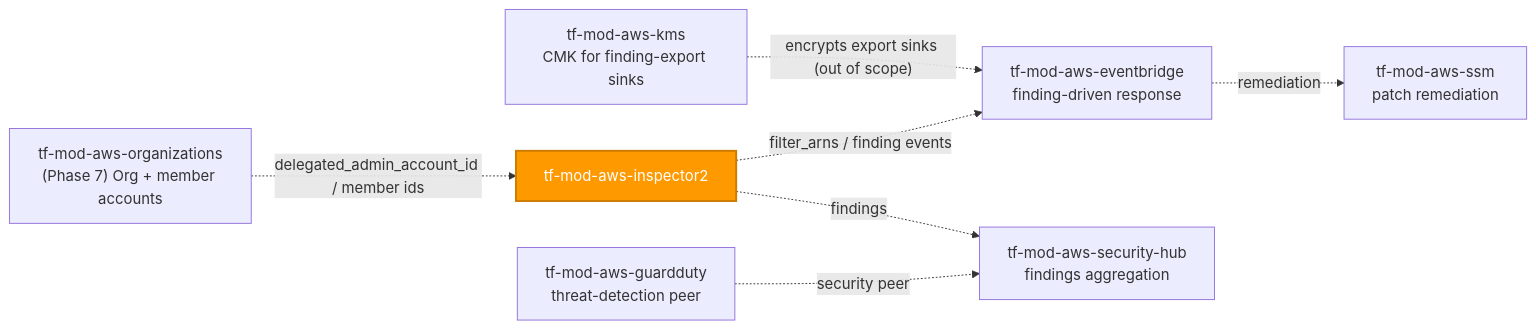
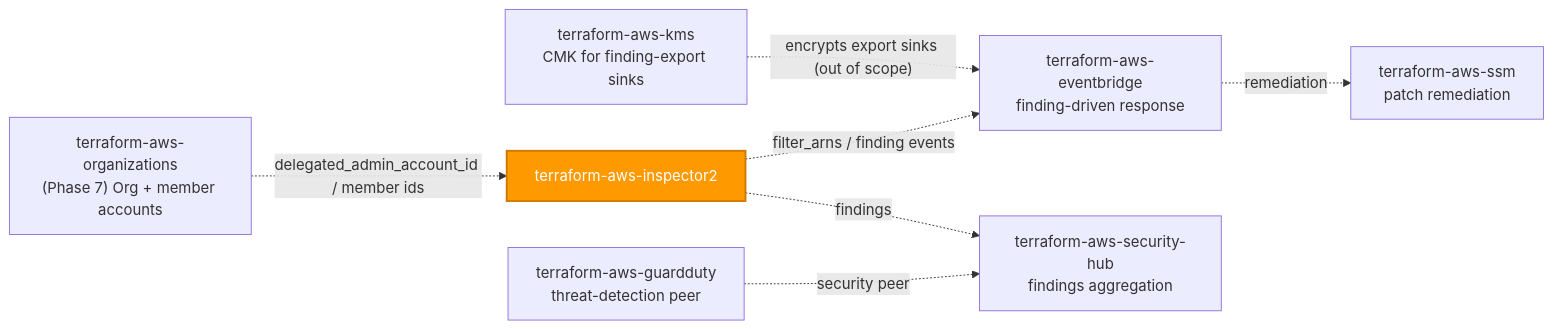
The first of 2 diagrams in README.md (microsoftexpert/terraform-aws-inspector2), drawn with Mermaid before and after one commit. The commit also changed other lines of this file and 4 other files, not shown here.

````diff
--- a/README.md
+++ b/README.md
@@ -42,19 +42,19 @@
 ```mermaid
 flowchart LR
- org["tf-mod-aws-organizations<br/>(Phase 7) Org + member accounts"]
- kms["tf-mod-aws-kms<br/>CMK for finding-export sinks"]
- insp["tf-mod-aws-inspector2"]
- hub["tf-mod-aws-security-hub<br/>findings aggregation"]
- gd["tf-mod-aws-guardduty<br/>threat-detection peer"]
- eb["tf-mod-aws-eventbridge<br/>finding-driven response"]
- ssm["tf-mod-aws-ssm<br/>patch remediation"]
+ org["terraform-aws-organizations<br/>(Phase 7) Org + member accounts"]
+ kms["terraform-aws-kms<br/>CMK for finding-export sinks"]
+ insp["terraform-aws-inspector2"]
+ hub["terraform-aws-security-hub<br/>findings aggregation"]
+ gd["terraform-aws-guardduty<br/>threat-detection peer"]
+ eb["terraform-aws-eventbridge<br/>finding-driven response"]
+ ssm["terraform-aws-ssm<br/>patch remediation"]
 
  org -.->|"delegated_admin_account_id / member ids"| insp
  insp -.->|"findings"| hub
  insp -.->|"filter_arns / finding events"| eb
  eb -.->|"remediation"| ssm
  gd -.->|"security peer"| hub
  kms -.->|"encrypts export sinks (out of scope)"| eb
 
  style insp fill:#FF9900,color:#fff,stroke:#cc7a00,stroke-width:2px
 ```
````
